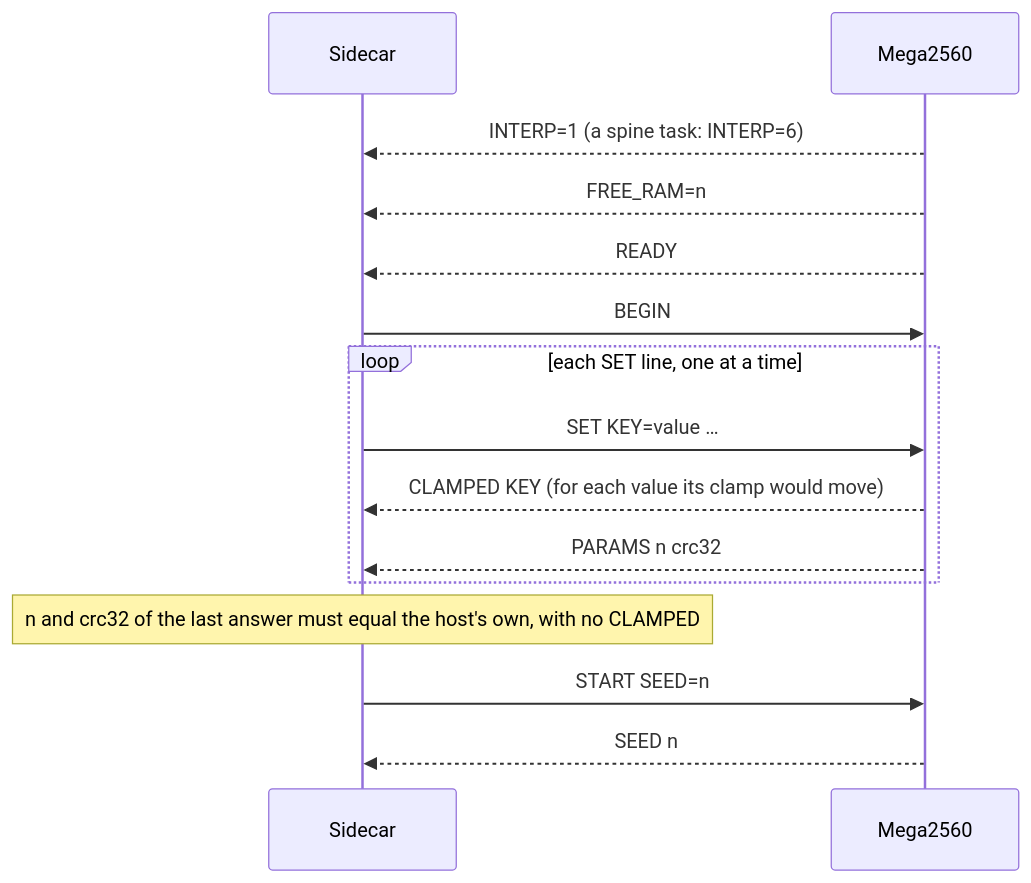
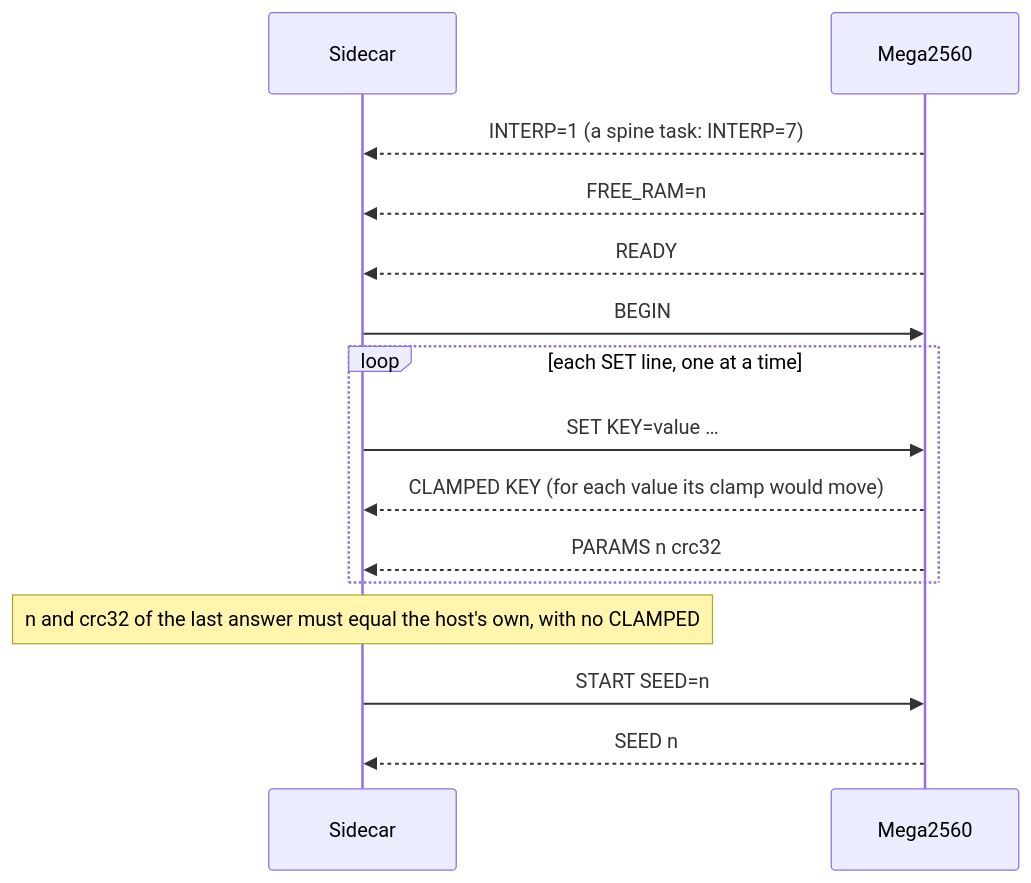
The sixth of 7 diagrams in docs/TASKS.md (Chase-NJ/Ephymeris), drawn with Mermaid before and after one commit. The commit also changed other lines of this file and 33 other files, not shown here.

First line of the commit message:
Keep GRGL's penalties, trial flow and selection on the spine (INTERP 7) (#169)

````diff
--- a/docs/TASKS.md
+++ b/docs/TASKS.md
@@ -1302,17 +1332,17 @@
 ```mermaid
 sequenceDiagram
     participant Host as Sidecar
     participant Board as Mega2560
-    Board-->>Host: INTERP=1 (a spine task: INTERP=6)
+    Board-->>Host: INTERP=1 (a spine task: INTERP=7)
     Board-->>Host: FREE_RAM=n
     Board-->>Host: READY
     Host->>Board: BEGIN
     loop each SET line, one at a time
         Host->>Board: SET KEY=value …
         Board-->>Host: CLAMPED KEY (for each value its clamp would move)
         Board-->>Host: PARAMS n crc32
     end
     Note over Host: n and crc32 of the last answer must equal the host's own, with no CLAMPED
     Host->>Board: START SEED=n
     Board-->>Host: SEED n
 ```
````
